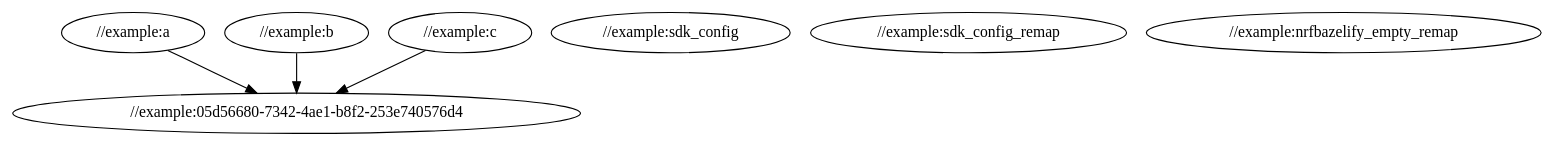
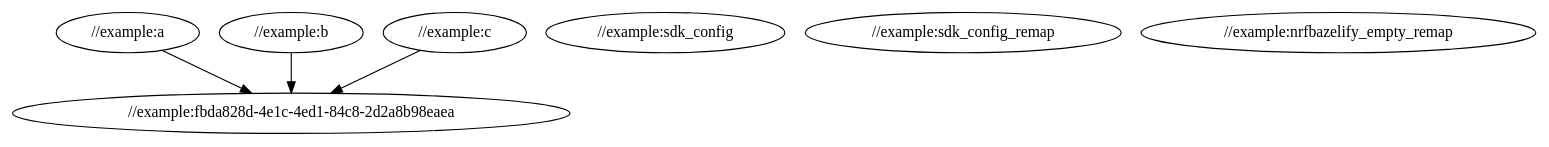
One commit to Michaelhobo/nrfbazel changed the diagram in example/depgraph.dot. Above: the diagram before and after it, drawn with Graphviz. The commit also changed 6 other files, not shown here.

```diff
--- a/example/depgraph.dot
+++ b/example/depgraph.dot
@@ -1,15 +1,15 @@
 strict digraph Dependencies {
 // Node definitions.
 "//example:a";
 "//example:b";
 "//example:c";
 "//example:sdk_config";
 "//example:sdk_config_remap";
 "//example:nrfbazelify_empty_remap";
-"//example:05d56680-7342-4ae1-b8f2-253e740576d4";
+"//example:fbda828d-4e1c-4ed1-84c8-2d2a8b98eaea";
 
 // Edge definitions.
-"//example:a" -> "//example:05d56680-7342-4ae1-b8f2-253e740576d4";
-"//example:b" -> "//example:05d56680-7342-4ae1-b8f2-253e740576d4";
-"//example:c" -> "//example:05d56680-7342-4ae1-b8f2-253e740576d4";
+"//example:a" -> "//example:fbda828d-4e1c-4ed1-84c8-2d2a8b98eaea";
+"//example:b" -> "//example:fbda828d-4e1c-4ed1-84c8-2d2a8b98eaea";
+"//example:c" -> "//example:fbda828d-4e1c-4ed1-84c8-2d2a8b98eaea";
 }
```
